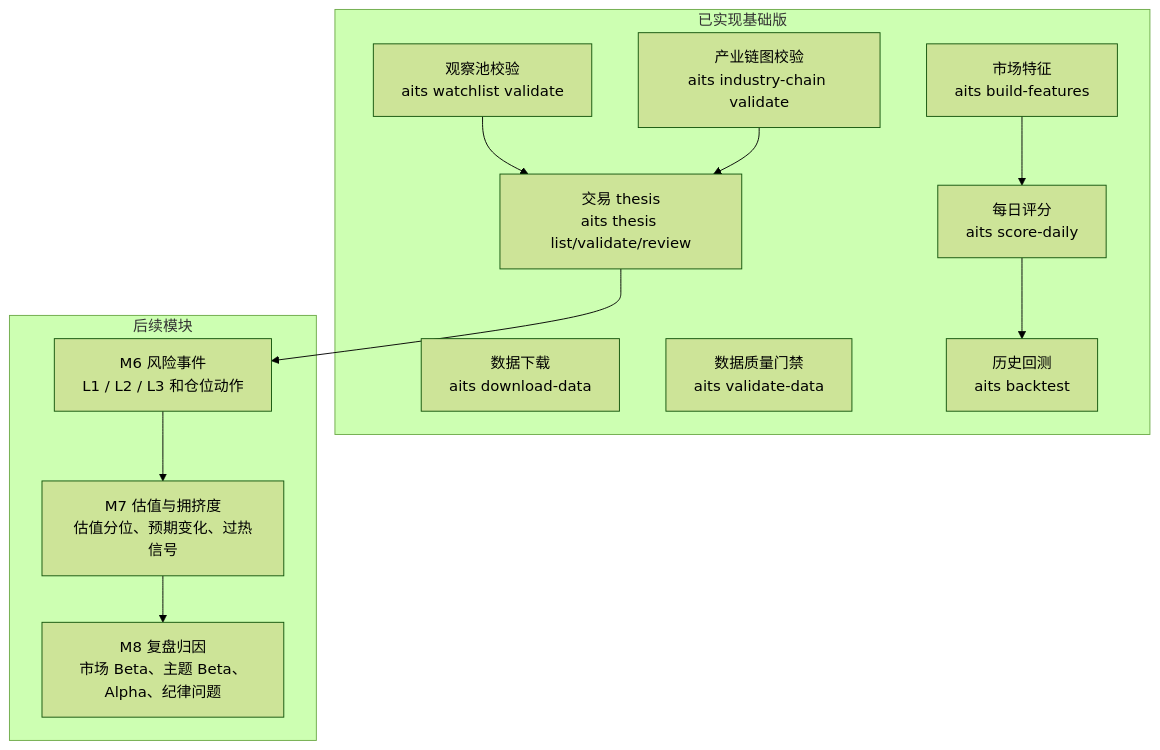
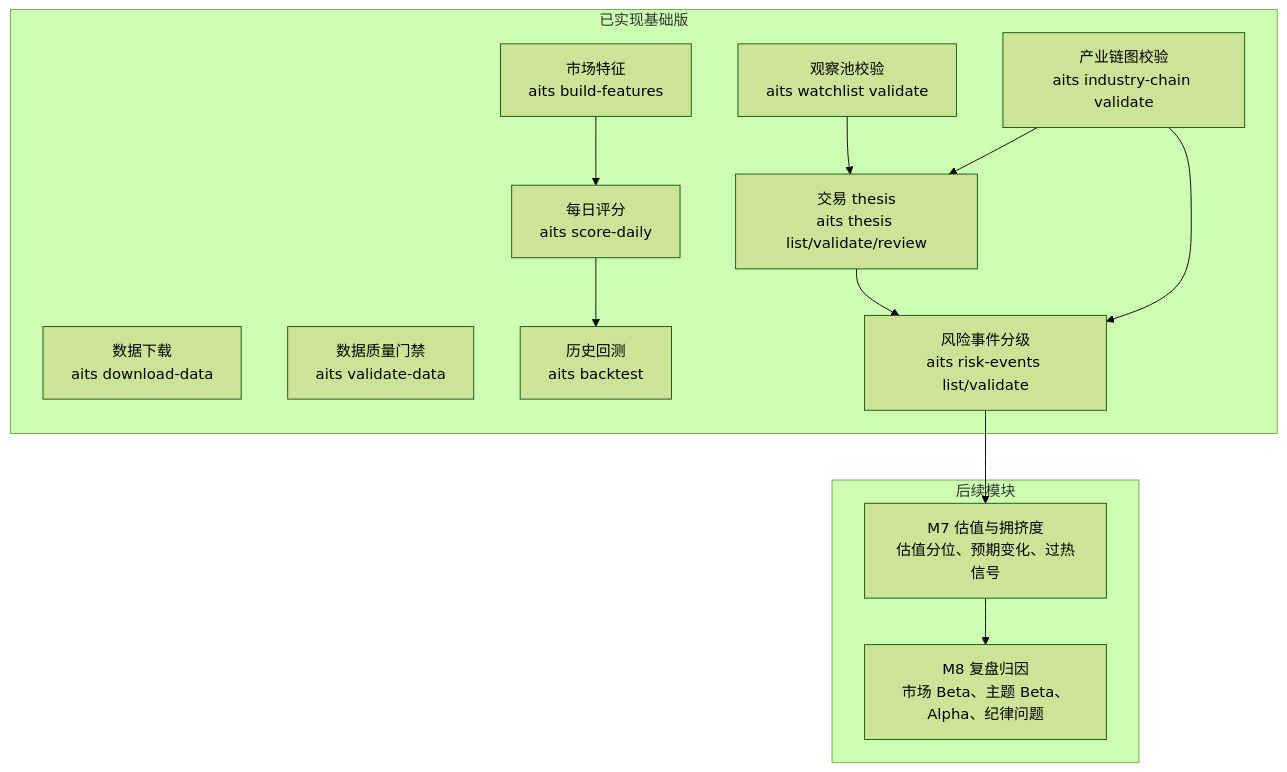
Before and after one commit to AI-Trading-Collaboration/AITradingSystem: the fifth of 5 diagrams in docs/system_flow.md, drawn with Mermaid (forest theme). The commit also changed other lines of this file and 11 other files, not shown here.

````diff
--- a/docs/system_flow.md
+++ b/docs/system_flow.md
@@ -212,27 +220,28 @@
 ```mermaid
 flowchart TD
     subgraph Done["已实现基础版"]
         A["数据下载<br/>aits download-data"]
         B["数据质量门禁<br/>aits validate-data"]
         C["市场特征<br/>aits build-features"]
         D["每日评分<br/>aits score-daily"]
         E["历史回测<br/>aits backtest"]
         F["观察池校验<br/>aits watchlist validate"]
         G["产业链图校验<br/>aits industry-chain validate"]
         H["交易 thesis<br/>aits thesis list/validate/review"]
+        I["风险事件分级<br/>aits risk-events list/validate"]
     end
 
     subgraph Next["后续模块"]
-        I["M6 风险事件<br/>L1 / L2 / L3 和仓位动作"]
         J["M7 估值与拥挤度<br/>估值分位、预期变化、过热信号"]
         K["M8 复盘归因<br/>市场 Beta、主题 Beta、Alpha、纪律问题"]
     end
 
     C --> D
     D --> E
     F --> H
     G --> H
+    G --> I
     H --> I
     I --> J
     J --> K
 ```
````
